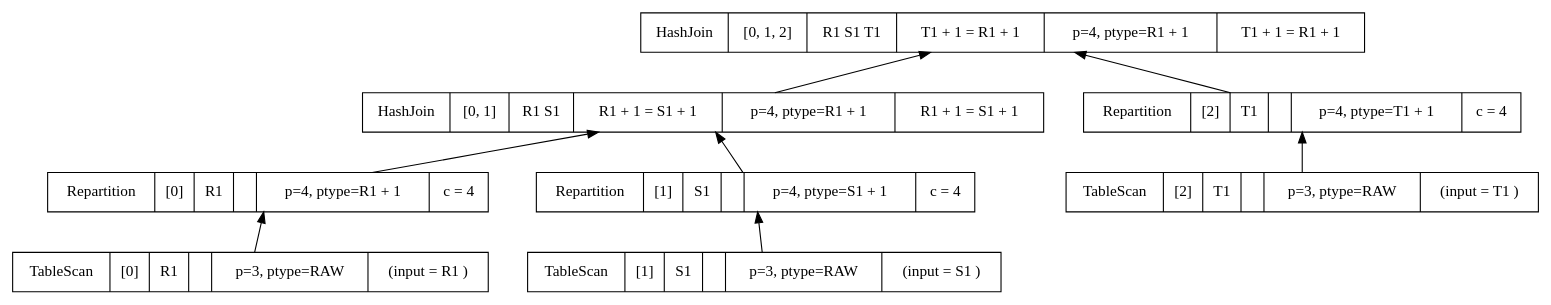
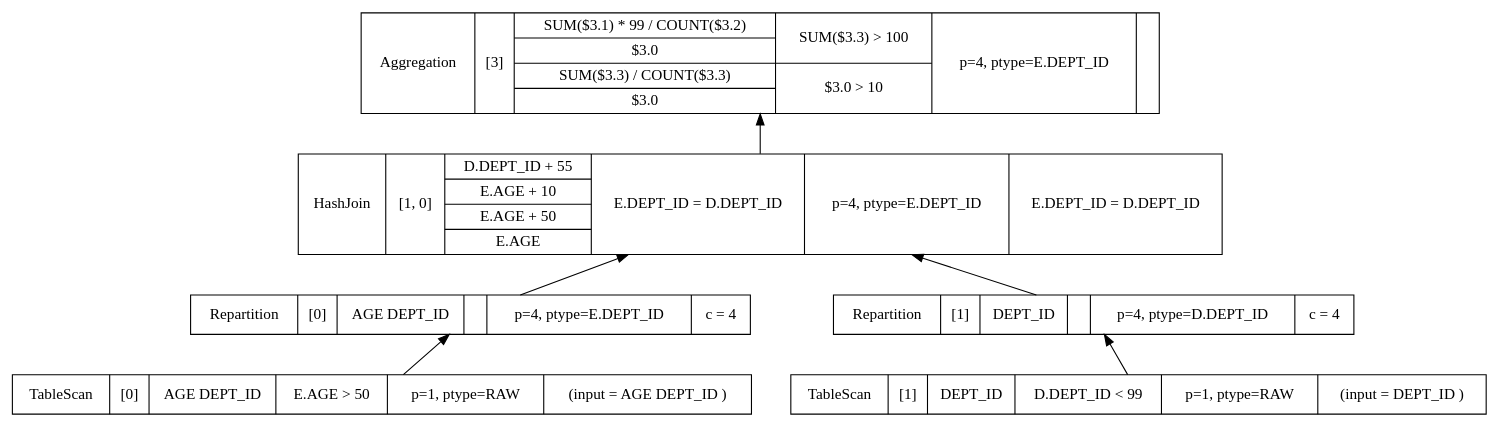
The diagram in lop.dot (adarshpannu/kona), drawn with Graphviz before and after one commit. The commit also changed 28 other files, not shown here.

```diff
--- a/lop.dot
+++ b/lop.dot
@@ -1,21 +1,17 @@
 digraph example1 {
     node [shape=record];
     rankdir=BT;
     nodesep=0.5;
     ordering="in";
-    lopkeyLOPKey6v1 -> lopkeyLOPKey8v1;
-    lopkeyLOPKey4v1 -> lopkeyLOPKey6v1;
-    lopkeyLOPKey1v1 -> lopkeyLOPKey4v1;
-    lopkeyLOPKey1v1[label="TableScan|[0]|R1 |{}|p=3, ptype=RAW|(input = R1 )"];
-    lopkeyLOPKey4v1[label="Repartition|[0]|R1 |{}|p=4, ptype=R1 + 1|c = 4"];
     lopkeyLOPKey5v1 -> lopkeyLOPKey6v1;
-    lopkeyLOPKey2v1 -> lopkeyLOPKey5v1;
-    lopkeyLOPKey2v1[label="TableScan|[1]|S1 |{}|p=3, ptype=RAW|(input = S1 )"];
-    lopkeyLOPKey5v1[label="Repartition|[1]|S1 |{}|p=4, ptype=S1 + 1|c = 4"];
-    lopkeyLOPKey6v1[label="HashJoin|[0, 1]|R1 S1 |{R1 + 1 = S1 + 1}|p=4, ptype=R1 + 1|{R1 + 1 = S1 + 1}"];
-    lopkeyLOPKey7v1 -> lopkeyLOPKey8v1;
-    lopkeyLOPKey3v1 -> lopkeyLOPKey7v1;
-    lopkeyLOPKey3v1[label="TableScan|[2]|T1 |{}|p=3, ptype=RAW|(input = T1 )"];
-    lopkeyLOPKey7v1[label="Repartition|[2]|T1 |{}|p=4, ptype=T1 + 1|c = 4"];
-    lopkeyLOPKey8v1[label="HashJoin|[0, 1, 2]|R1 S1 T1 |{T1 + 1 = R1 + 1}|p=4, ptype=R1 + 1|{T1 + 1 = R1 + 1}"];
+    lopkeyLOPKey3v1 -> lopkeyLOPKey5v1;
+    lopkeyLOPKey1v1 -> lopkeyLOPKey3v1;
+    lopkeyLOPKey1v1[label="TableScan|[0]|AGE DEPT_ID |{E.AGE \> 50}|p=1, ptype=RAW|(input = AGE DEPT_ID )"];
+    lopkeyLOPKey3v1[label="Repartition|[0]|AGE DEPT_ID |{}|p=4, ptype=E.DEPT_ID|c = 4"];
+    lopkeyLOPKey4v1 -> lopkeyLOPKey5v1;
+    lopkeyLOPKey2v1 -> lopkeyLOPKey4v1;
+    lopkeyLOPKey2v1[label="TableScan|[1]|DEPT_ID |{D.DEPT_ID \< 99}|p=1, ptype=RAW|(input = DEPT_ID )"];
+    lopkeyLOPKey4v1[label="Repartition|[1]|DEPT_ID |{}|p=4, ptype=D.DEPT_ID|c = 4"];
+    lopkeyLOPKey5v1[label="HashJoin|[1, 0]|{D.DEPT_ID + 55|E.AGE + 10|E.AGE + 50|E.AGE}|{E.DEPT_ID = D.DEPT_ID}|p=4, ptype=E.DEPT_ID|{E.DEPT_ID = D.DEPT_ID}"];
+    lopkeyLOPKey6v1[label="Aggregation|[3]|{SUM($3.1) * 99 / COUNT($3.2)|$3.0|SUM($3.3) / COUNT($3.3)|$3.0}|{SUM($3.3) \> 100|$3.0 \> 10}|p=4, ptype=E.DEPT_ID|"];
 }
```
